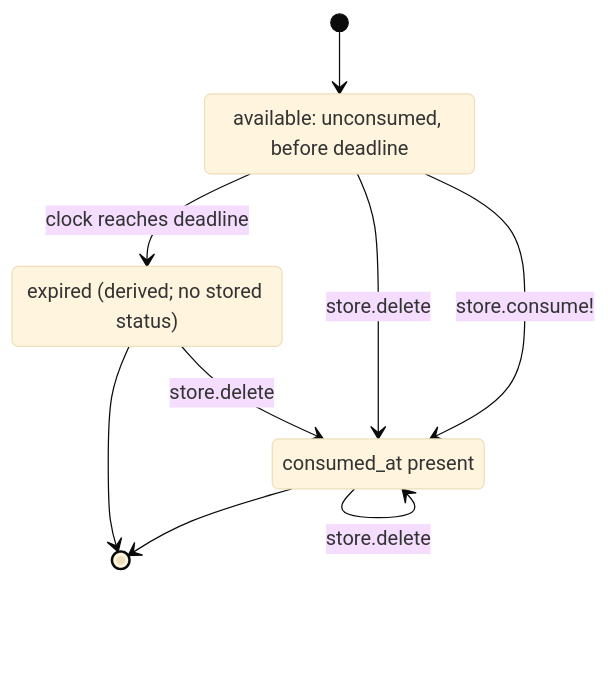
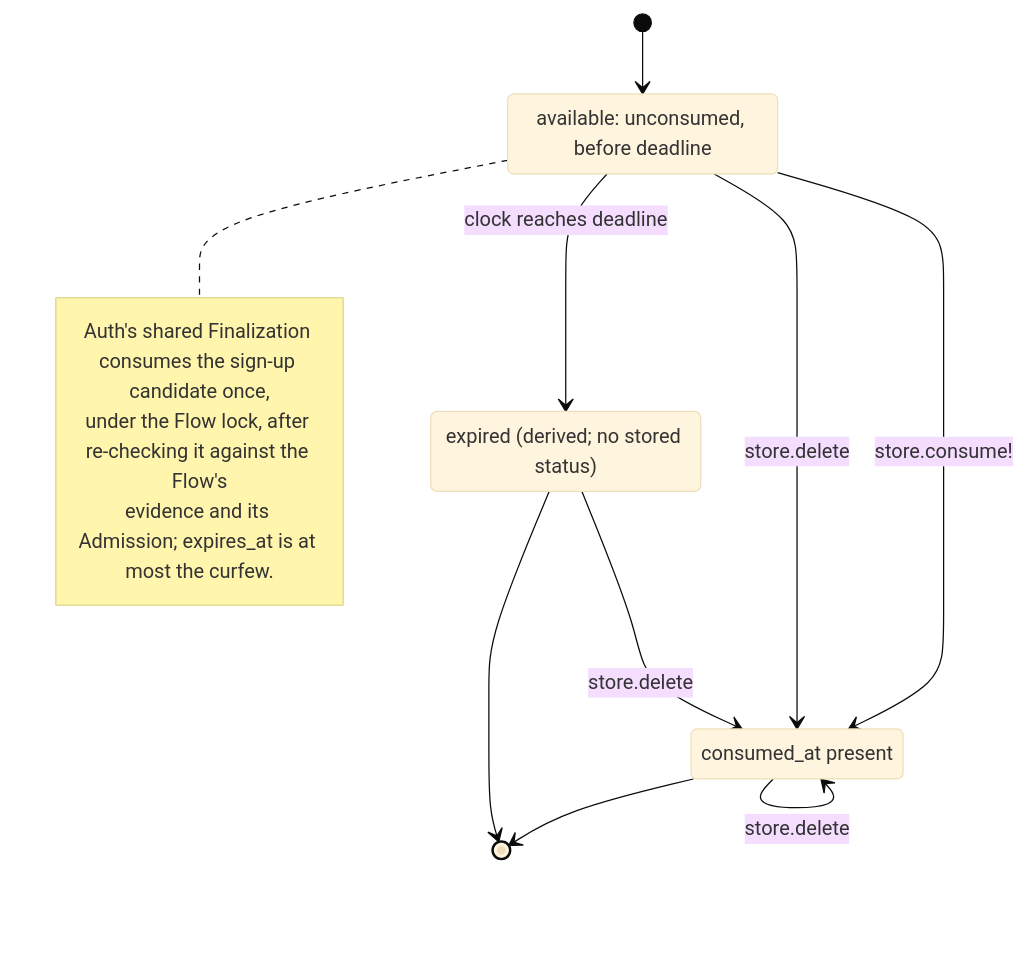
The diagram in docs/mermaid/idp-identity-social-candidate.mmd (seahal/umaxica-apps-jit-global), drawn with Mermaid (base theme) before and after one commit. The commit also changed 444 other files, not shown here.

```diff
--- a/docs/mermaid/idp-identity-social-candidate.mmd
+++ b/docs/mermaid/idp-identity-social-candidate.mmd
@@ -1,13 +1,18 @@
 stateDiagram-v2
     %% CURRENT implementation; sources and guards in transition inventory.
     state "available: unconsumed, before deadline" as available
     state "consumed_at present" as consumed
     state "expired (derived; no stored status)" as expired
     [*] --> available
     available --> consumed: store.consume!
     available --> consumed: store.delete
     expired --> consumed: store.delete
     consumed --> consumed: store.delete
     available --> expired: clock reaches deadline
     consumed --> [*]
     expired --> [*]
+    note right of available
+        Auth's shared Finalization consumes the sign-up candidate once,
+        under the Flow lock, after re-checking it against the Flow's
+        evidence and its Admission; expires_at is at most the curfew.
+    end note
```
